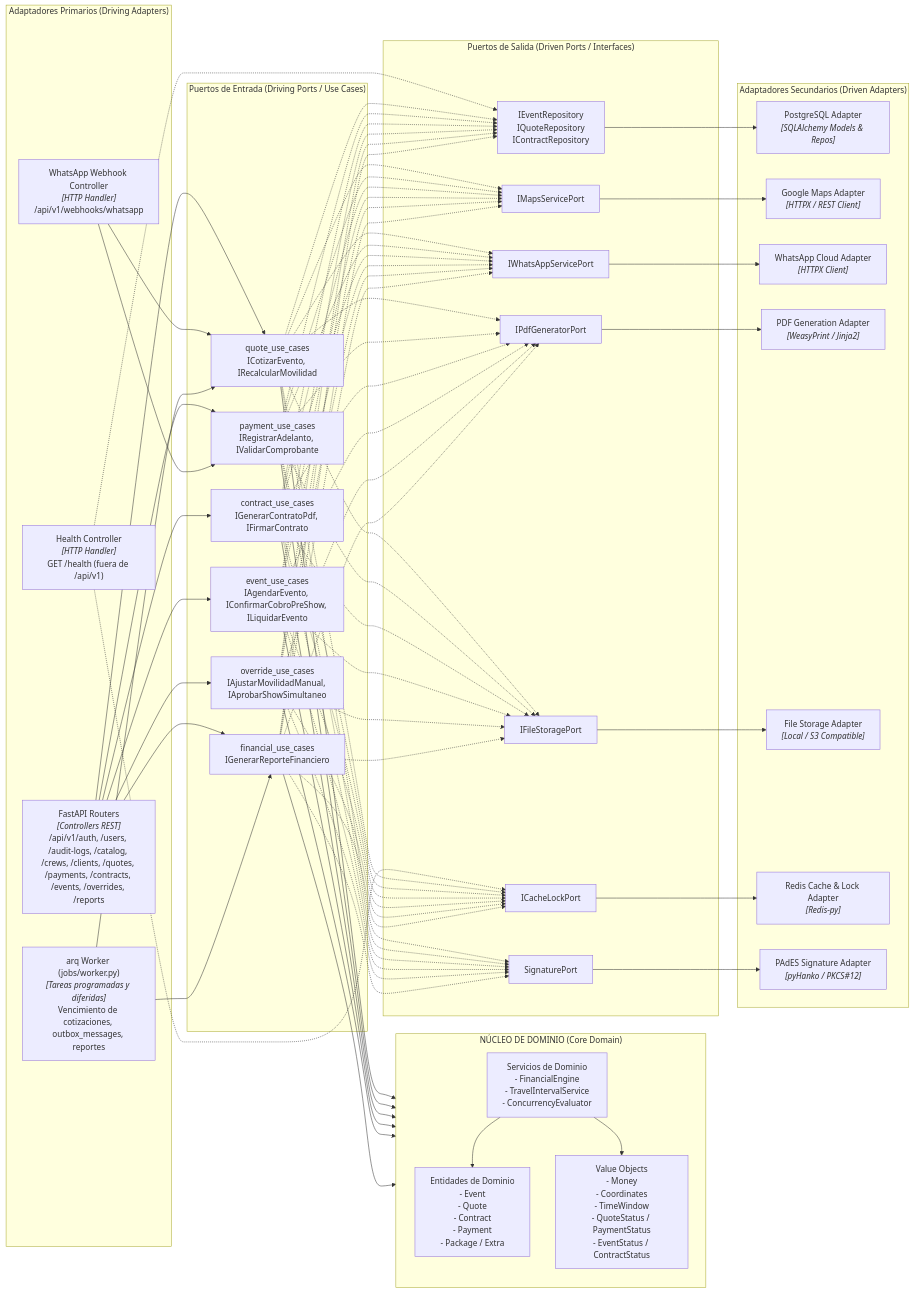
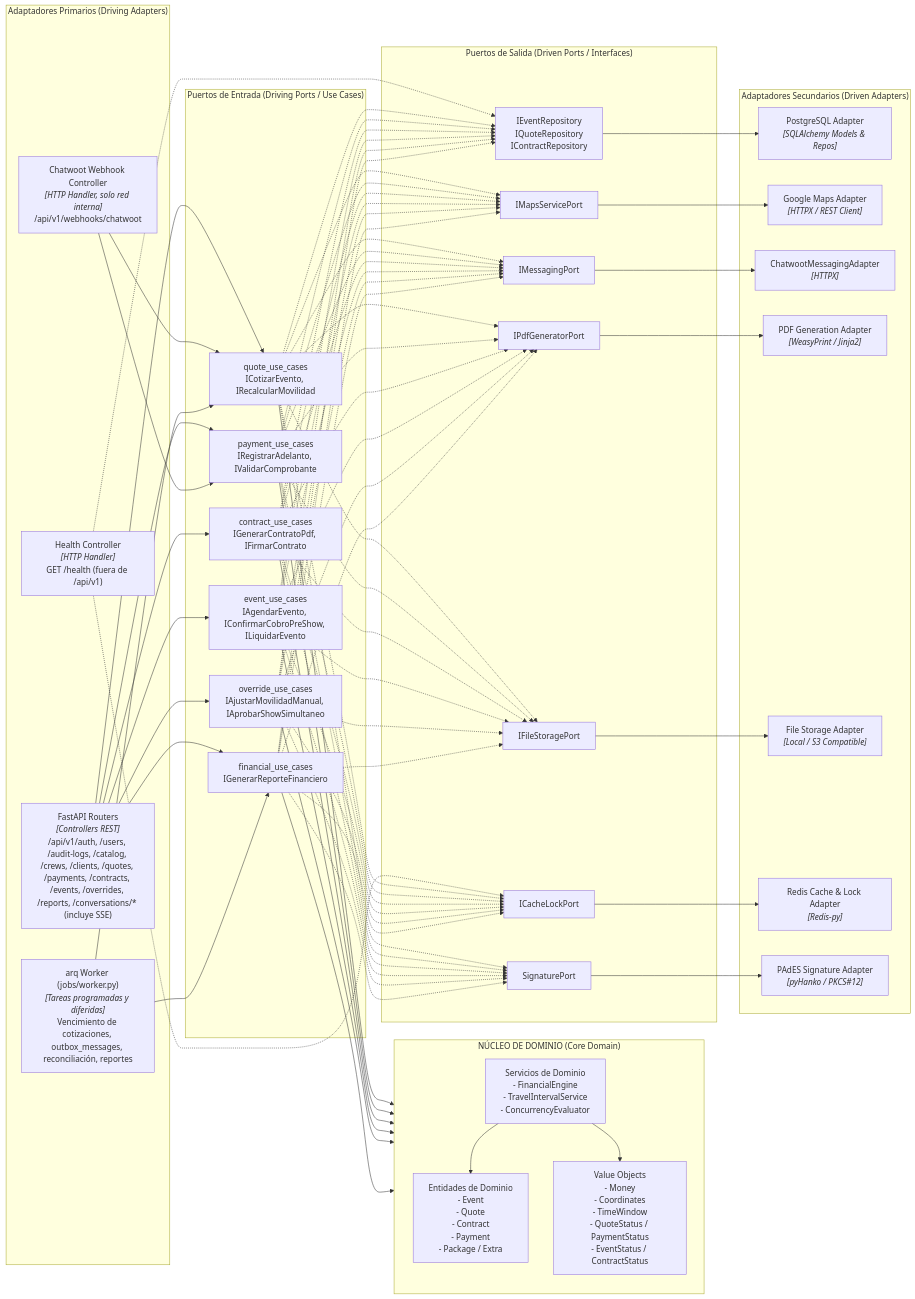
The third of 3 diagrams in Docs/02-arquitectura/01-diseno-arquitectonico-c4.md (MathiasTL/EventPro-backend), drawn with Mermaid before and after one commit. The commit also changed other lines of this file and 3 other files, not shown here.

Commit message:
docs: add ADR-10 and align architecture docs with Chatwoot gateway

````diff
--- a/Docs/02-arquitectura/01-diseno-arquitectonico-c4.md
+++ b/Docs/02-arquitectura/01-diseno-arquitectonico-c4.md
@@ -101,67 +108,67 @@
 ```mermaid
 flowchart LR
     subgraph AdaptadoresEntrada["Adaptadores Primarios (Driving Adapters)"]
-        HttpRouters["FastAPI Routers<br/><i>[Controllers REST]</i><br/>/api/v1/auth, /users, /audit-logs, /catalog, /crews, /clients, /quotes, /payments, /contracts, /events, /overrides, /reports"]
-        WebhookController["WhatsApp Webhook Controller<br/><i>[HTTP Handler]</i><br/>/api/v1/webhooks/whatsapp"]
+        HttpRouters["FastAPI Routers<br/><i>[Controllers REST]</i><br/>/api/v1/auth, /users, /audit-logs, /catalog, /crews, /clients, /quotes, /payments, /contracts, /events, /overrides, /reports, /conversations/* (incluye SSE)"]
+        WebhookController["Chatwoot Webhook Controller<br/><i>[HTTP Handler, solo red interna]</i><br/>/api/v1/webhooks/chatwoot"]
         HealthController["Health Controller<br/><i>[HTTP Handler]</i><br/>GET /health (fuera de /api/v1)"]
-        ArqWorker["arq Worker (jobs/worker.py)<br/><i>[Tareas programadas y diferidas]</i><br/>Vencimiento de cotizaciones, outbox_messages, reportes"]
+        ArqWorker["arq Worker (jobs/worker.py)<br/><i>[Tareas programadas y diferidas]</i><br/>Vencimiento de cotizaciones, outbox_messages, reconciliación, reportes"]
     end
 
     subgraph PuertosEntrada["Puertos de Entrada (Driving Ports / Use Cases)"]
         UCQuote["quote_use_cases<br/>ICotizarEvento, IRecalcularMovilidad"]
         UCPay["payment_use_cases<br/>IRegistrarAdelanto, IValidarComprobante"]
         UCContract["contract_use_cases<br/>IGenerarContratoPdf, IFirmarContrato"]
         UCSchedule["event_use_cases<br/>IAgendarEvento, IConfirmarCobroPreShow, ILiquidarEvento"]
         UCOverride["override_use_cases<br/>IAjustarMovilidadManual, IAprobarShowSimultaneo"]
         UCReport["financial_use_cases<br/>IGenerarReporteFinanciero"]
     end
 
     subgraph Dominio["NÚCLEO DE DOMINIO (Core Domain)"]
         direction TB
         Entities["Entidades de Dominio<br/>- Event<br/>- Quote<br/>- Contract<br/>- Payment<br/>- Package / Extra"]
         ValueObjects["Value Objects<br/>- Money<br/>- Coordinates<br/>- TimeWindow<br/>- QuoteStatus / PaymentStatus<br/>- EventStatus / ContractStatus"]
         DomainServices["Servicios de Dominio<br/>- FinancialEngine<br/>- TravelIntervalService<br/>- ConcurrencyEvaluator"]
     end
 
     subgraph PuertosSalida["Puertos de Salida (Driven Ports / Interfaces)"]
         PortRepo["IEventRepository<br/>IQuoteRepository<br/>IContractRepository"]
         PortMaps["IMapsServicePort"]
-        PortWhatsApp["IWhatsAppServicePort"]
+        PortMessaging["IMessagingPort"]
         PortPdf["IPdfGeneratorPort"]
         PortStorage["IFileStoragePort"]
         PortCache["ICacheLockPort"]
         PortSignature["SignaturePort"]
     end
 
     subgraph AdaptadoresSalida["Adaptadores Secundarios (Driven Adapters)"]
         SqlAlchemyRepo["PostgreSQL Adapter<br/><i>[SQLAlchemy Models & Repos]</i>"]
         GoogleMapsAdapter["Google Maps Adapter<br/><i>[HTTPX / REST Client]</i>"]
-        WhatsAppAdapter["WhatsApp Cloud Adapter<br/><i>[HTTPX Client]</i>"]
+        ChatwootAdapter["ChatwootMessagingAdapter<br/><i>[HTTPX]</i>"]
         WeasyPrintAdapter["PDF Generation Adapter<br/><i>[WeasyPrint / Jinja2]</i>"]
         FileSystemAdapter["File Storage Adapter<br/><i>[Local / S3 Compatible]</i>"]
         RedisAdapter["Redis Cache & Lock Adapter<br/><i>[Redis-py]</i>"]
         PadesAdapter["PAdES Signature Adapter<br/><i>[pyHanko / PKCS#12]</i>"]
     end
 
     %% Relaciones Driving
     HttpRouters --> UCQuote & UCPay & UCContract & UCSchedule & UCOverride & UCReport
     WebhookController --> UCQuote & UCPay
     ArqWorker --> UCQuote & UCReport
     HealthController -.-> PortRepo & PortCache
 
     %% Relaciones Ports -> Domain
     UCQuote & UCPay & UCContract & UCSchedule & UCOverride & UCReport --> DomainServices
     DomainServices --> Entities & ValueObjects
 
     %% Relaciones Domain/UseCases -> Driven Ports
-    UCQuote & UCPay & UCContract & UCSchedule & UCOverride & UCReport -.-> PortRepo & PortMaps & PortWhatsApp & PortPdf & PortStorage & PortCache & PortSignature
+    UCQuote & UCPay & UCContract & UCSchedule & UCOverride & UCReport -.-> PortRepo & PortMaps & PortMessaging & PortPdf & PortStorage & PortCache & PortSignature
 
     %% Relaciones Driven Ports -> Driven Adapters
     PortRepo --> SqlAlchemyRepo
     PortMaps --> GoogleMapsAdapter
-    PortWhatsApp --> WhatsAppAdapter
+    PortMessaging --> ChatwootAdapter
     PortPdf --> WeasyPrintAdapter
     PortStorage --> FileSystemAdapter
     PortCache --> RedisAdapter
     PortSignature --> PadesAdapter
 ```
````
